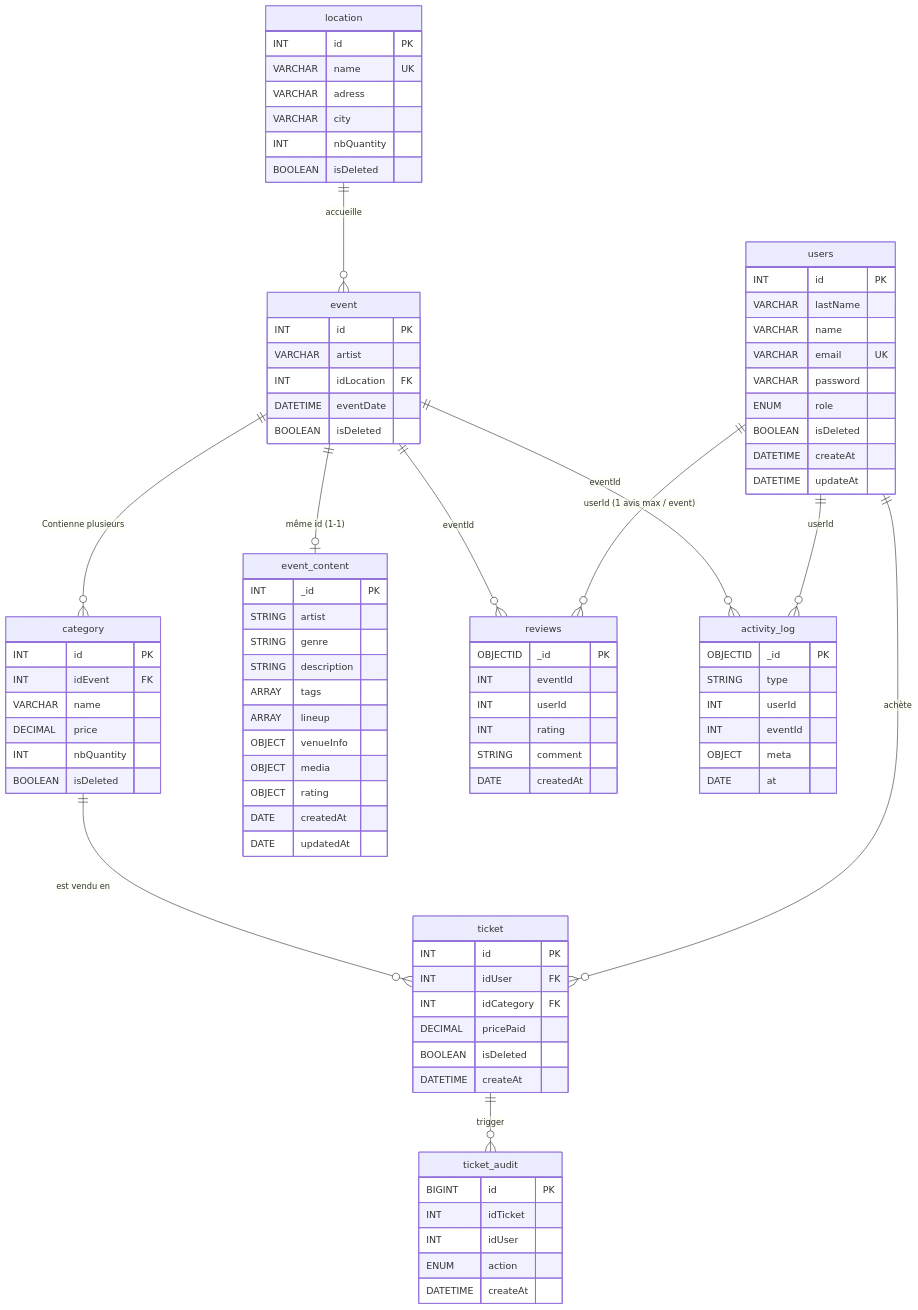
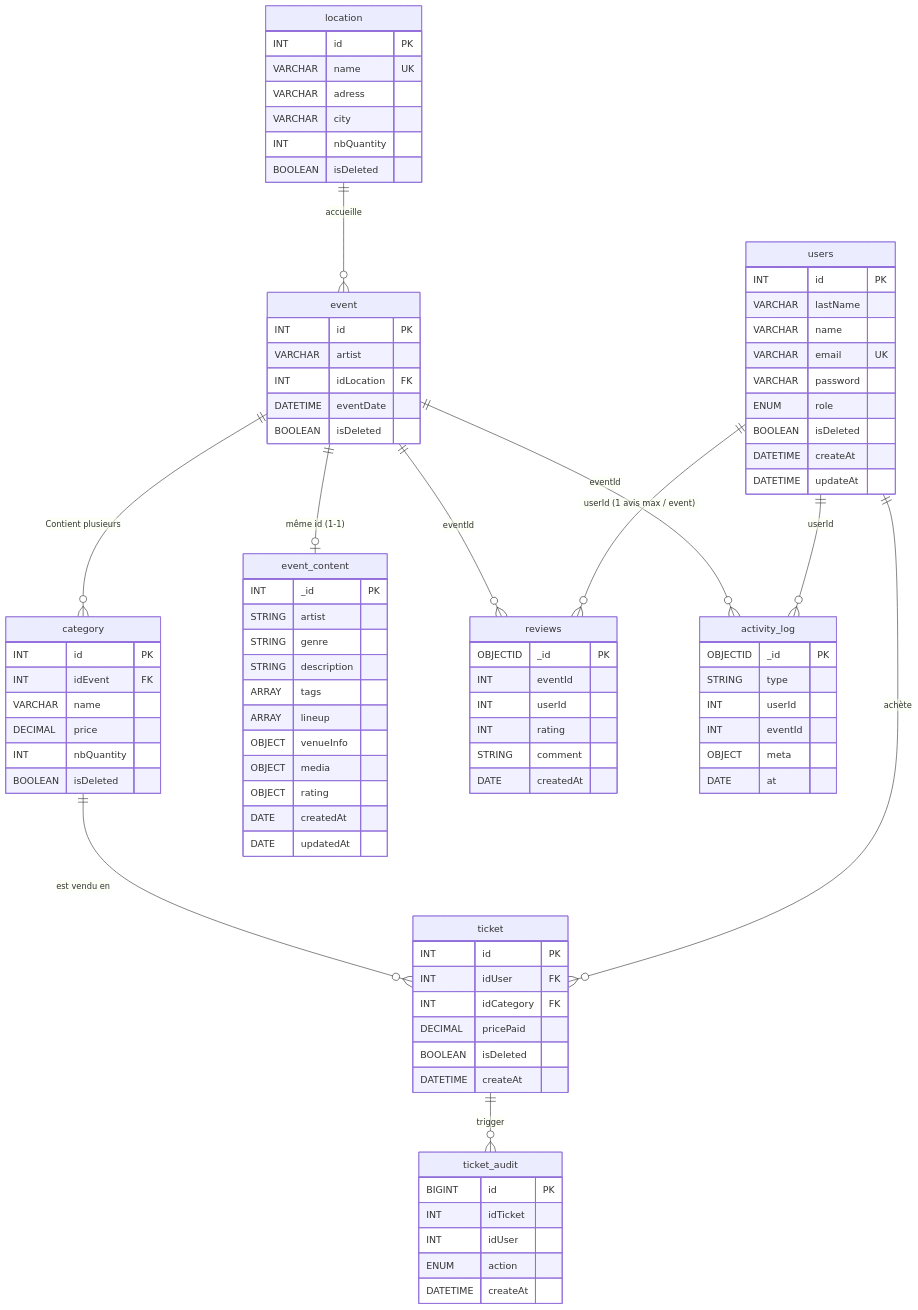
The diagram in docs/schema.md (EstebanRussias/ticketMaster), drawn with Mermaid before and after one commit. The commit also changed other lines of this file and 4 other files, not shown here.

Commit message:
fix: documentation schema

```diff
--- a/docs/schema.md
+++ b/docs/schema.md
@@ -63,7 +56,7 @@
     }
 
     location ||--o{ event : "accueille"
-    event ||--o{ category : "Contienne plusieurs"
+    event ||--o{ category : "Contient plusieurs"
     category ||--o{ ticket : "est vendu en"
     users ||--o{ ticket : "achète"
     ticket ||--o{ ticket_audit : "trigger"
```
